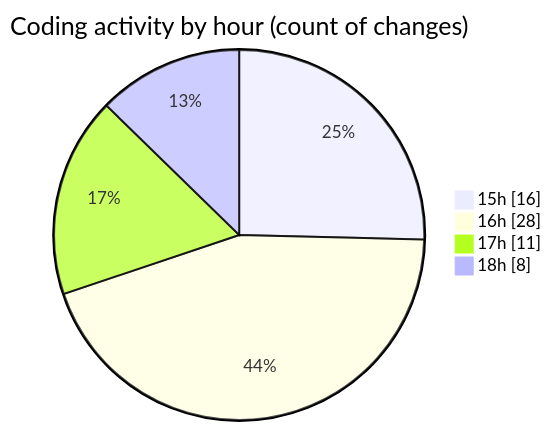
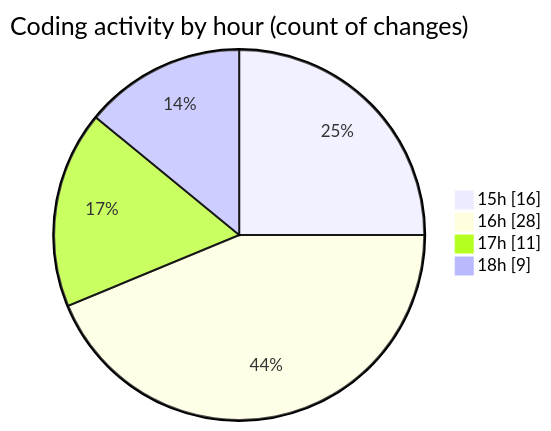
One commit to mevix1/code-tracking changed the second of 2 diagrams in 2025-10-01/oura-api/README.md. Above: the diagram before and after it, drawn with Mermaid. The commit also changed other lines of this file and 1 other file, not shown here.

````diff
--- a/2025-10-01/oura-api/README.md
+++ b/2025-10-01/oura-api/README.md
@@ -69,8 +70,8 @@
 ```mermaid
 pie showData
 title Coding activity by hour (count of changes)
 "15h" : 16
 "16h" : 28
 "17h" : 11
-"18h" : 8
+"18h" : 9
 ```
````
